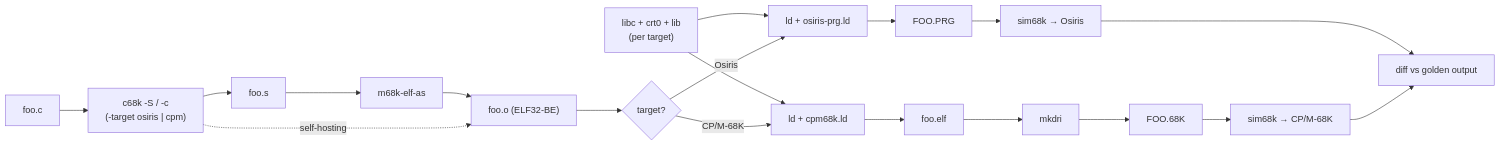
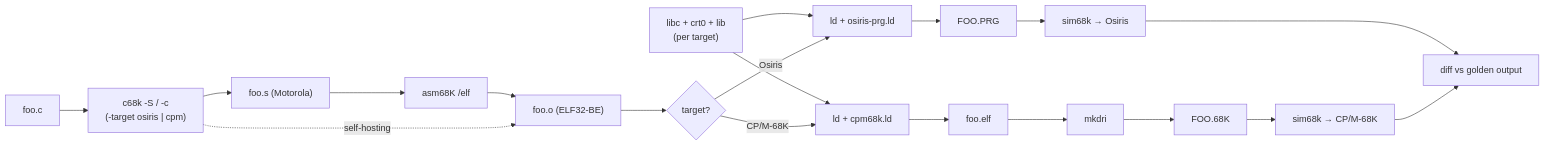
One commit to dougdu/C68k changed the third of 4 diagrams in docs/architecture.md. Above: the diagram before and after it, drawn with Mermaid. The commit also changed other lines of this file and 1 other file, not shown here.

First line of the commit message:
P2 docs: c68k targets asm68K (Motorola syntax, ELF+DWARF), not GNU as

````diff
--- a/docs/architecture.md
+++ b/docs/architecture.md
@@ -277,13 +279,13 @@
 ```mermaid
 flowchart LR
     C["foo.c"] --> XCC["c68k -S / -c\n(-target osiris | cpm)"]
-    XCC --> S["foo.s"] --> AS["m68k-elf-as"] --> O["foo.o (ELF32-BE)"]
+    XCC --> S["foo.s (Motorola)"] --> AS["asm68K /elf"] --> O["foo.o (ELF32-BE)"]
     XCC -. "self-hosting" .-> O
     O --> ARW{"target?"}
     LIBS["libc + crt0 + lib\n(per target)"] --> LDO
     LIBS --> LDC
     ARW -->|Osiris| LDO["ld + osiris-prg.ld"] --> PRG["FOO.PRG"] --> SO["sim68k → Osiris"]
     ARW -->|CP/M-68K| LDC["ld + cpm68k.ld"] --> E2["foo.elf"] --> MK["mkdri"] --> K["FOO.68K"] --> SC["sim68k → CP/M-68K"]
     SO --> G["diff vs golden output"]
     SC --> G
 ```
````
